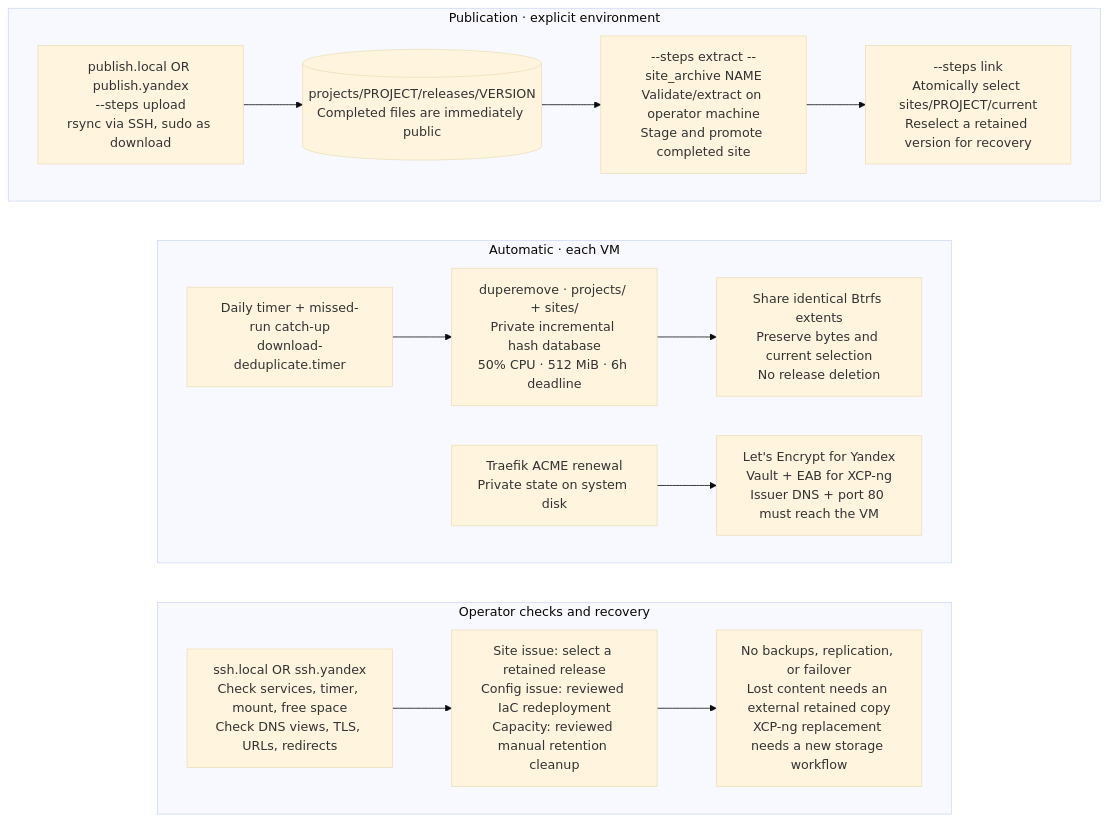
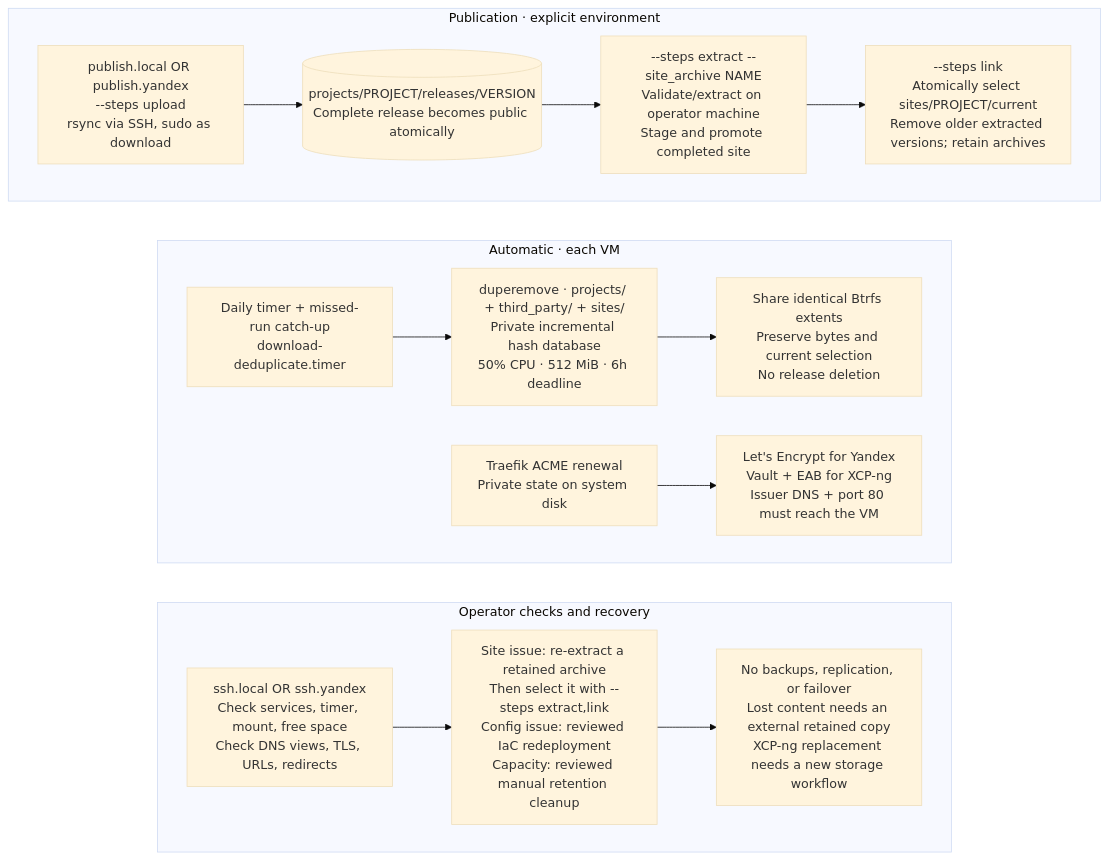
Before and after one commit to alwaldend/src: the diagram in infra/download/docs/operations.mmd, drawn with Mermaid (base theme). The commit also changed 94 other files, not shown here.

```diff
--- a/infra/download/docs/operations.mmd
+++ b/infra/download/docs/operations.mmd
@@ -1,27 +1,27 @@
 flowchart TB
     subgraph publication[Publication · explicit environment]
         direction LR
         upload[publish.local OR publish.yandex<br/>--steps upload<br/>rsync via SSH, sudo as download]
-        files[(projects/PROJECT/releases/VERSION<br/>Completed files are immediately public)]
+        files[(projects/PROJECT/releases/VERSION<br/>Complete release becomes public atomically)]
         extract[--steps extract --site_archive NAME<br/>Validate/extract on operator machine<br/>Stage and promote completed site]
-        link[--steps link<br/>Atomically select sites/PROJECT/current<br/>Reselect a retained version for recovery]
+        link[--steps link<br/>Atomically select sites/PROJECT/current<br/>Remove older extracted versions; retain archives]
         upload --> files --> extract --> link
     end
     subgraph automatic[Automatic · each VM]
         direction LR
         timer[Daily timer + missed-run catch-up<br/>download-deduplicate.timer]
-        dedup[duperemove · projects/ + sites/<br/>Private incremental hash database<br/>50% CPU · 512 MiB · 6h deadline]
+        dedup[duperemove · projects/ + third_party/ + sites/<br/>Private incremental hash database<br/>50% CPU · 512 MiB · 6h deadline]
         extents[Share identical Btrfs extents<br/>Preserve bytes and current selection<br/>No release deletion]
         timer --> dedup --> extents
         proxy[Traefik ACME renewal<br/>Private state on system disk]
         issuer[Let's Encrypt for Yandex<br/>Vault + EAB for XCP-ng<br/>Issuer DNS + port 80 must reach the VM]
         proxy --> issuer
     end
     subgraph operator[Operator checks and recovery]
         direction LR
         health[ssh.local OR ssh.yandex<br/>Check services, timer, mount, free space<br/>Check DNS views, TLS, URLs, redirects]
-        recover[Site issue: select a retained release<br/>Config issue: reviewed IaC redeployment<br/>Capacity: reviewed manual retention cleanup]
+        recover[Site issue: re-extract a retained archive<br/>Then select it with --steps extract,link<br/>Config issue: reviewed IaC redeployment<br/>Capacity: reviewed manual retention cleanup]
         boundary[No backups, replication, or failover<br/>Lost content needs an external retained copy<br/>XCP-ng replacement needs a new storage workflow]
         health --> recover --> boundary
     end
     publication ~~~ automatic ~~~ operator
```
